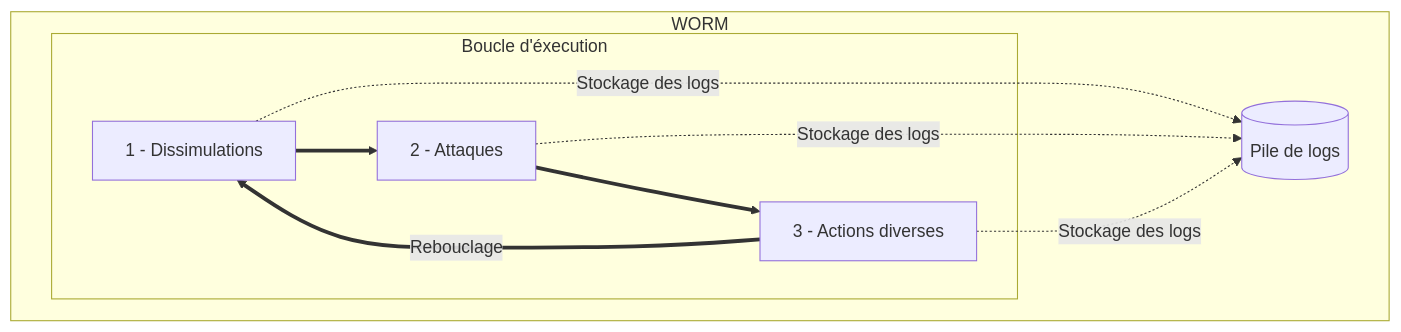
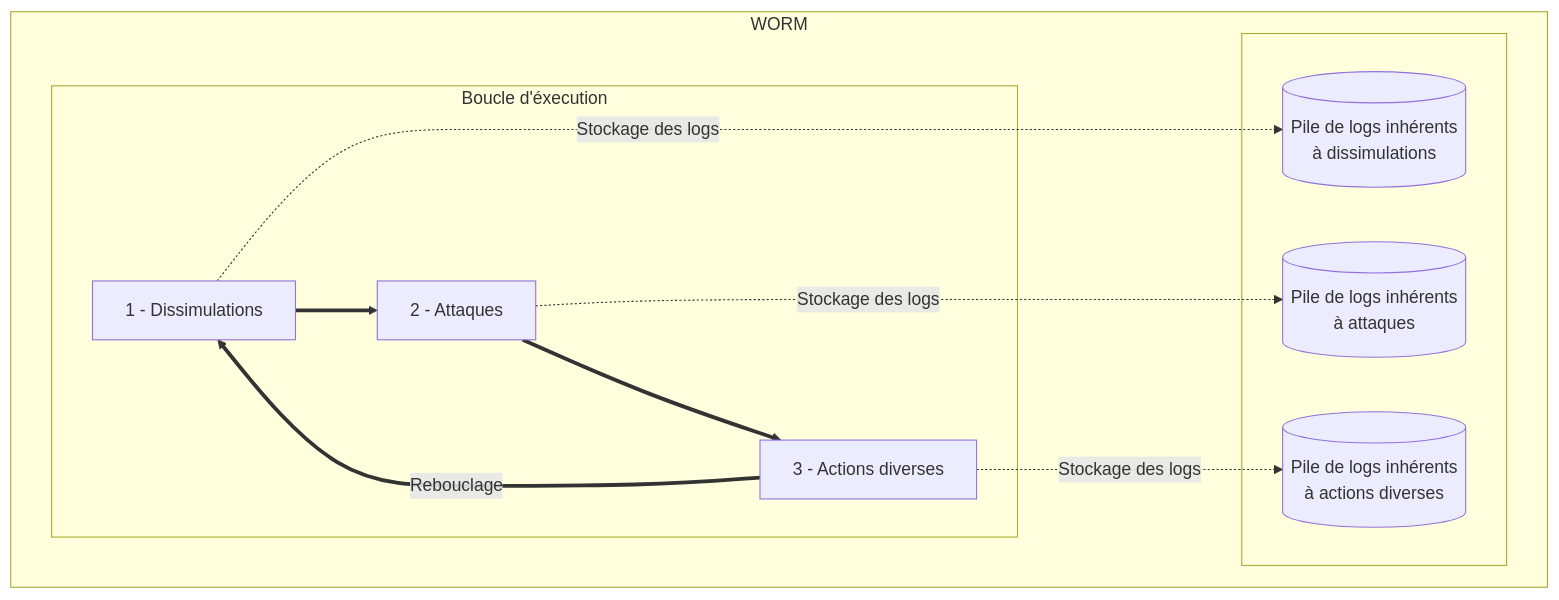
One commit to Framworm/framworm changed the diagram in README.md. Above: the diagram before and after it, drawn with Mermaid. The commit also changed other lines of this file and 1 other file, not shown here.

Commit message:
modif verfication infection

````diff
--- a/README.md
+++ b/README.md
@@ -6,16 +6,19 @@
 ```mermaid
 graph
     subgraph WORM
         subgraph Boucle d'éxecution
             DIS["1 - Dissimulations"]
             ATT["2 - Attaques"]
             ACT["3 - Actions diverses"]
             DIS ==> ATT ==> ACT ==> |"Rebouclage"| DIS
         end
-        LOGS[(Pile de logs)]
-        DIS -.-> |"Stockage des logs"| LOGS
-        ATT -.-> |"Stockage des logs"| LOGS
-        ACT -.-> |"Stockage des logs"| LOGS
+        subgraph  
+            LOGDIS[(Pile de logs inhérents<br>à dissimulations)]
+            LOGATT[(Pile de logs inhérents<br>à attaques)]
+            LOGACT[(Pile de logs inhérents<br>à actions diverses)]
+        end
+        DIS -.-> |"Stockage des logs"| LOGDIS
+        ATT -.-> |"Stockage des logs"| LOGATT
+        ACT -.-> |"Stockage des logs"| LOGACT
     end
-
 ```
````
